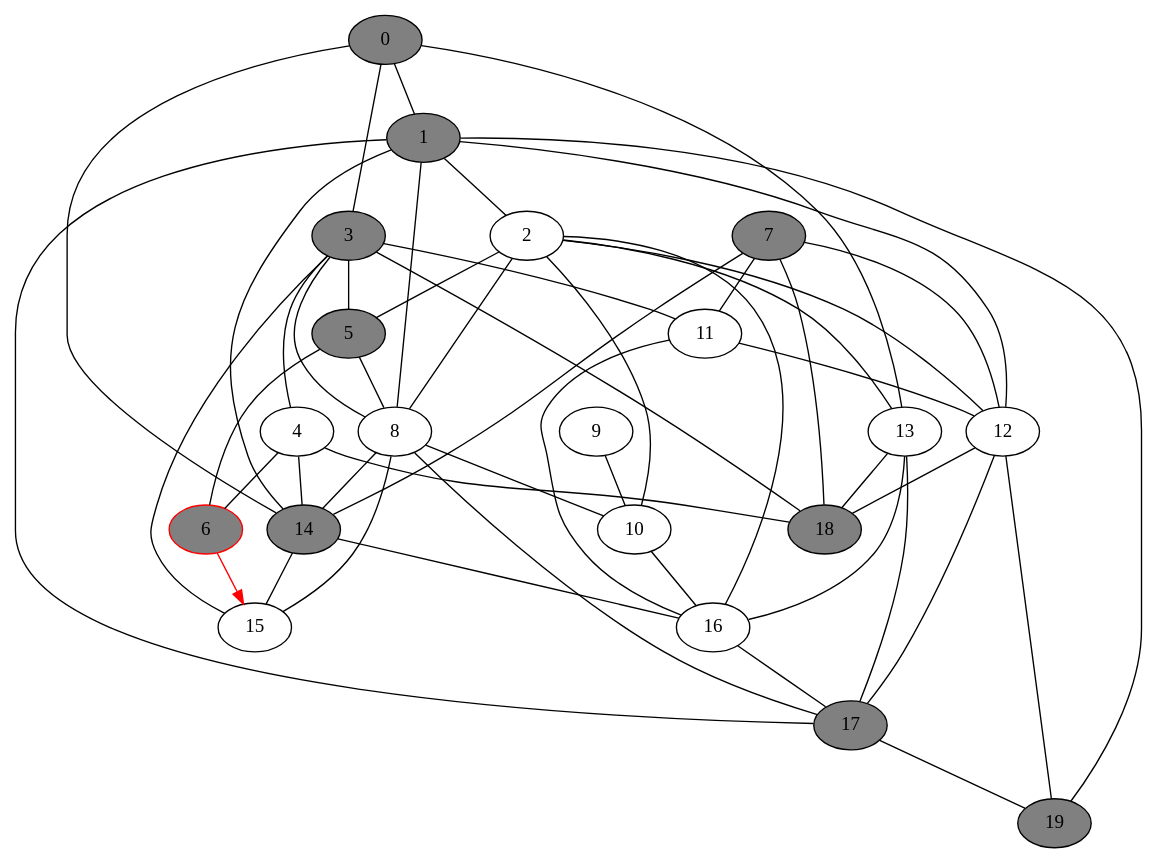
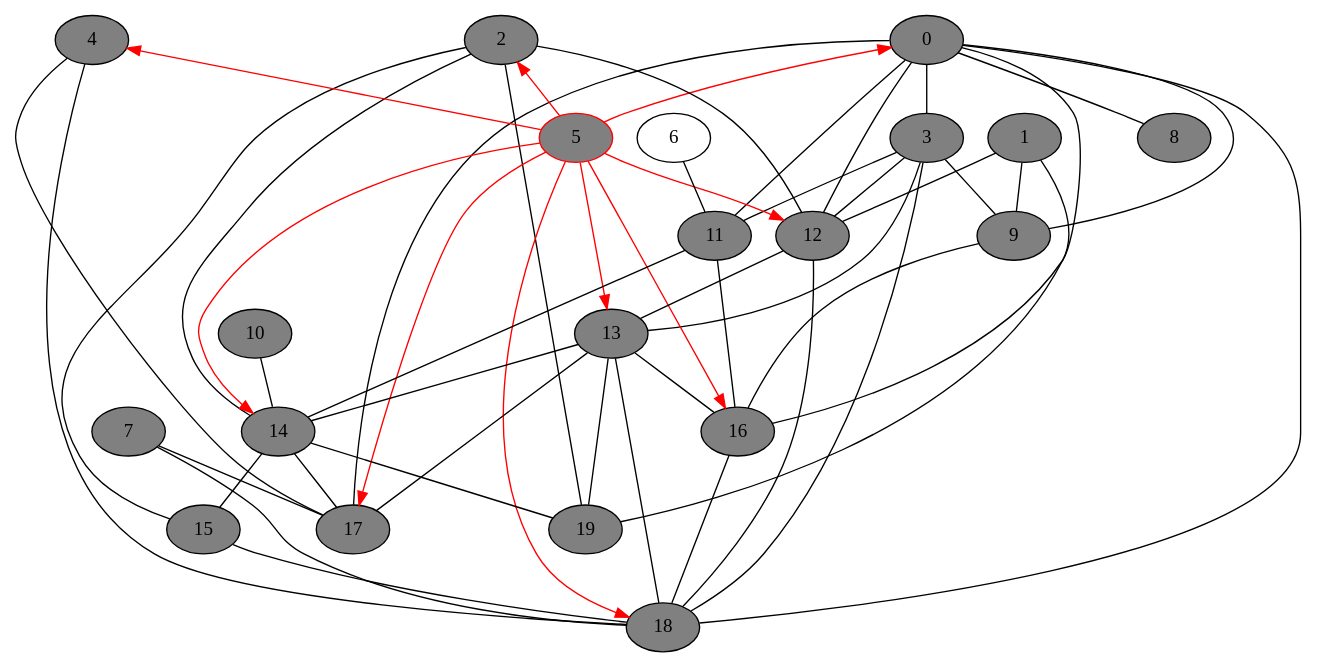
One commit to DSMishler/EBA_models changed the diagram in gv_graphs/nxt0014.dot. Above: the diagram before and after it, drawn with Graphviz. The commit also changed 704 other files, not shown here.

```diff
--- a/gv_graphs/nxt0014.dot
+++ b/gv_graphs/nxt0014.dot
@@ -1,74 +1,74 @@
 // network test graph
 digraph
 {
 	0 [fillcolor=gray,style=filled,]
 	1 [fillcolor=gray,style=filled,]
-	2 []
+	2 [fillcolor=gray,style=filled,]
 	3 [fillcolor=gray,style=filled,]
-	4 []
-	5 [fillcolor=gray,style=filled,]
-	6 [fillcolor=gray,style=filled,color=red,]
+	4 [fillcolor=gray,style=filled,]
+	5 [fillcolor=gray,style=filled,color=red,]
+	6 []
 	7 [fillcolor=gray,style=filled,]
-	8 []
-	9 []
-	10 []
-	11 []
-	12 []
-	13 []
+	8 [fillcolor=gray,style=filled,]
+	9 [fillcolor=gray,style=filled,]
+	10 [fillcolor=gray,style=filled,]
+	11 [fillcolor=gray,style=filled,]
+	12 [fillcolor=gray,style=filled,]
+	13 [fillcolor=gray,style=filled,]
 	14 [fillcolor=gray,style=filled,]
-	15 []
-	16 []
+	15 [fillcolor=gray,style=filled,]
+	16 [fillcolor=gray,style=filled,]
 	17 [fillcolor=gray,style=filled,]
 	18 [fillcolor=gray,style=filled,]
 	19 [fillcolor=gray,style=filled,]
-	0 -> 1 [dir=none]
 	0 -> 3 [dir=none]
-	0 -> 13 [dir=none]
-	0 -> 14 [dir=none]
-	1 -> 2 [dir=none]
-	1 -> 8 [dir=none]
+	0 -> 5 [dir=back,color=red,]
+	0 -> 8 [dir=none]
+	0 -> 9 [dir=none]
+	0 -> 11 [dir=none]
+	0 -> 12 [dir=none]
+	0 -> 16 [dir=none]
+	0 -> 17 [dir=none]
+	0 -> 18 [dir=none]
+	1 -> 9 [dir=none]
 	1 -> 12 [dir=none]
-	1 -> 14 [dir=none]
-	1 -> 17 [dir=none]
 	1 -> 19 [dir=none]
-	2 -> 5 [dir=none]
-	2 -> 8 [dir=none]
-	2 -> 10 [dir=none]
+	2 -> 5 [dir=back,color=red,]
 	2 -> 12 [dir=none]
-	2 -> 13 [dir=none]
-	2 -> 16 [dir=none]
-	3 -> 4 [dir=none]
-	3 -> 5 [dir=none]
-	3 -> 8 [dir=none]
+	2 -> 14 [dir=none]
+	2 -> 15 [dir=none]
+	2 -> 19 [dir=none]
+	3 -> 9 [dir=none]
 	3 -> 11 [dir=none]
-	3 -> 15 [dir=none]
+	3 -> 12 [dir=none]
+	3 -> 13 [dir=none]
 	3 -> 18 [dir=none]
-	4 -> 6 [dir=none]
-	4 -> 14 [dir=none]
+	4 -> 5 [dir=back,color=red,]
+	4 -> 17 [dir=none]
 	4 -> 18 [dir=none]
-	5 -> 6 [dir=none]
-	5 -> 8 [dir=none]
-	6 -> 15 [dir=forward,color=red,]
-	7 -> 11 [dir=none]
-	7 -> 12 [dir=none]
-	7 -> 14 [dir=none]
+	5 -> 12 [dir=forward,color=red,]
+	5 -> 13 [dir=forward,color=red,]
+	5 -> 14 [dir=forward,color=red,]
+	5 -> 16 [dir=forward,color=red,]
+	5 -> 17 [dir=forward,color=red,]
+	5 -> 18 [dir=forward,color=red,]
+	6 -> 11 [dir=none]
+	7 -> 17 [dir=none]
 	7 -> 18 [dir=none]
-	8 -> 10 [dir=none]
-	8 -> 14 [dir=none]
-	8 -> 15 [dir=none]
-	8 -> 17 [dir=none]
-	9 -> 10 [dir=none]
-	10 -> 16 [dir=none]
-	11 -> 12 [dir=none]
+	9 -> 16 [dir=none]
+	10 -> 14 [dir=none]
+	11 -> 14 [dir=none]
 	11 -> 16 [dir=none]
-	12 -> 17 [dir=none]
+	12 -> 13 [dir=none]
 	12 -> 18 [dir=none]
-	12 -> 19 [dir=none]
+	13 -> 14 [dir=none]
 	13 -> 16 [dir=none]
 	13 -> 17 [dir=none]
 	13 -> 18 [dir=none]
+	13 -> 19 [dir=none]
 	14 -> 15 [dir=none]
-	14 -> 16 [dir=none]
-	16 -> 17 [dir=none]
-	17 -> 19 [dir=none]
+	14 -> 17 [dir=none]
+	14 -> 19 [dir=none]
+	15 -> 18 [dir=none]
+	16 -> 18 [dir=none]
 }
```
